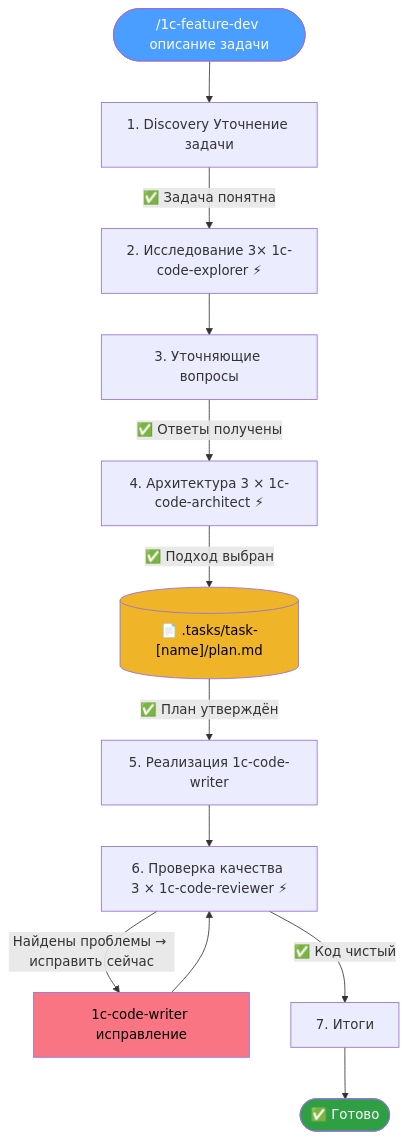
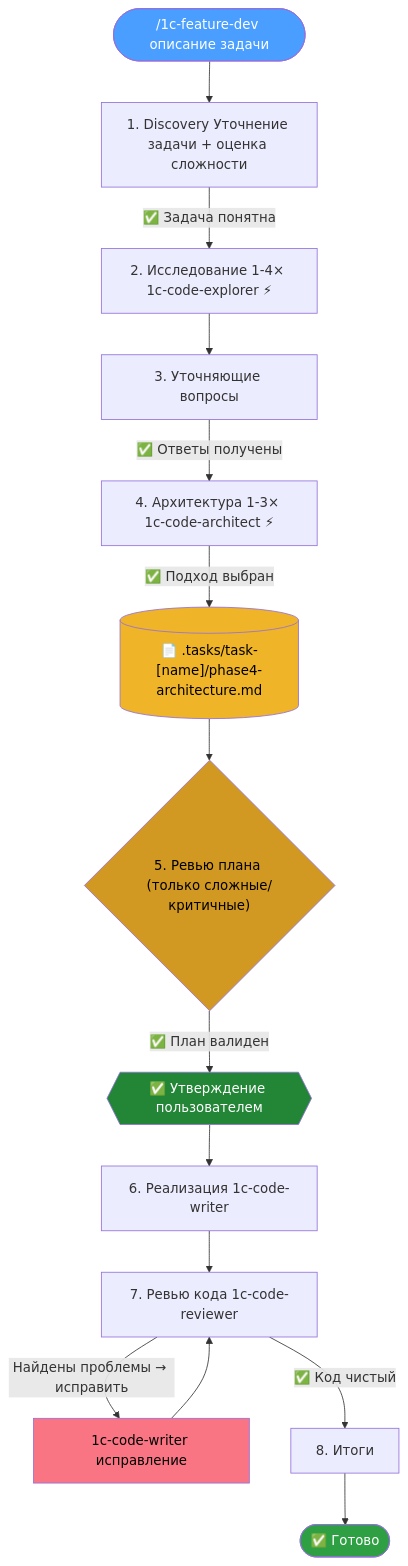
The diagram in README.md (Diversus23/1c-feature-dev), drawn with Mermaid before and after one commit. The commit also changed other lines of this file, not shown here.

Commit message:
Update README.md to refine the AI Feature Development Plugin workflow, enhancing clarity on task complexity assessment and agent utilization. Expanded the workflow to include an additional review phase and updated agent descriptions for improved specificity. Adjusted documentation to reflect the adaptive nature of the analysis process and streamlined the overall structure.

````diff
--- a/README.md
+++ b/README.md
@@ -11,34 +11,41 @@
 ```mermaid
 flowchart TD
     START(["/1c-feature-dev описание задачи"]) --> P1
 
-    P1["1. Discovery Уточнение задачи"]
+    P1["1. Discovery Уточнение задачи + оценка сложности"]
     P1 -->|"✅ Задача понятна"| P2
 
-    P2["2. Исследование 3× 1c-code-explorer ⚡"]
+    P2["2. Исследование 1-4× 1c-code-explorer ⚡"]
     P2 --> P3
 
     P3["3. Уточняющие вопросы"]
     P3 -->|"✅ Ответы получены"| P4
 
-    P4["4. Архитектура 3 × 1c-code-architect ⚡"]
+    P4["4. Архитектура 1-3× 1c-code-architect ⚡"]
     P4 -->|"✅ Подход выбран"| PLAN
-    PLAN[("📄 .tasks/task-[name]/plan.md")]
-    PLAN -->|"✅ План утверждён"| P5
+    PLAN[("📄 .tasks/task-[name]/phase4-architecture.md")]
+    PLAN --> P5
 
-    P5["5. Реализация 1c-code-writer"]
-    P5 --> P6
+    P5{"5. Ревью плана (только сложные/критичные)"}
+    P5 -->|"✅ План валиден"| APPROVE
+    APPROVE{{"✅ Утверждение пользователем"}}
+    APPROVE --> P6
 
-    P6["6. Проверка качества 3 × 1c-code-reviewer ⚡"]
-    P6 -->|"Найдены проблемы → исправить сейчас"| FIX
-    FIX["1c-code-writer исправление"] --> P6
-    P6 -->|"✅ Код чистый"| P7
+    P6["6. Реализация 1c-code-writer"]
+    P6 --> P7
 
-    P7["7. Итоги"]
-    P7 --> DONE(["✅ Готово"])
+    P7["7. Ревью кода 1c-code-reviewer"]
+    P7 -->|"Найдены проблемы → исправить"| FIX
+    FIX["1c-code-writer исправление"] --> P7
+    P7 -->|"✅ Код чистый"| P8
+
+    P8["8. Итоги"]
+    P8 --> DONE(["✅ Готово"])
 
     style START fill:#4a9eff,color:#fff
     style DONE fill:#2ea043,color:#fff
     style PLAN fill:#f0b429,color:#000
     style FIX fill:#f97583,color:#000
+    style P5 fill:#d29922,color:#000
+    style APPROVE fill:#238636,color:#fff
 ```
````
